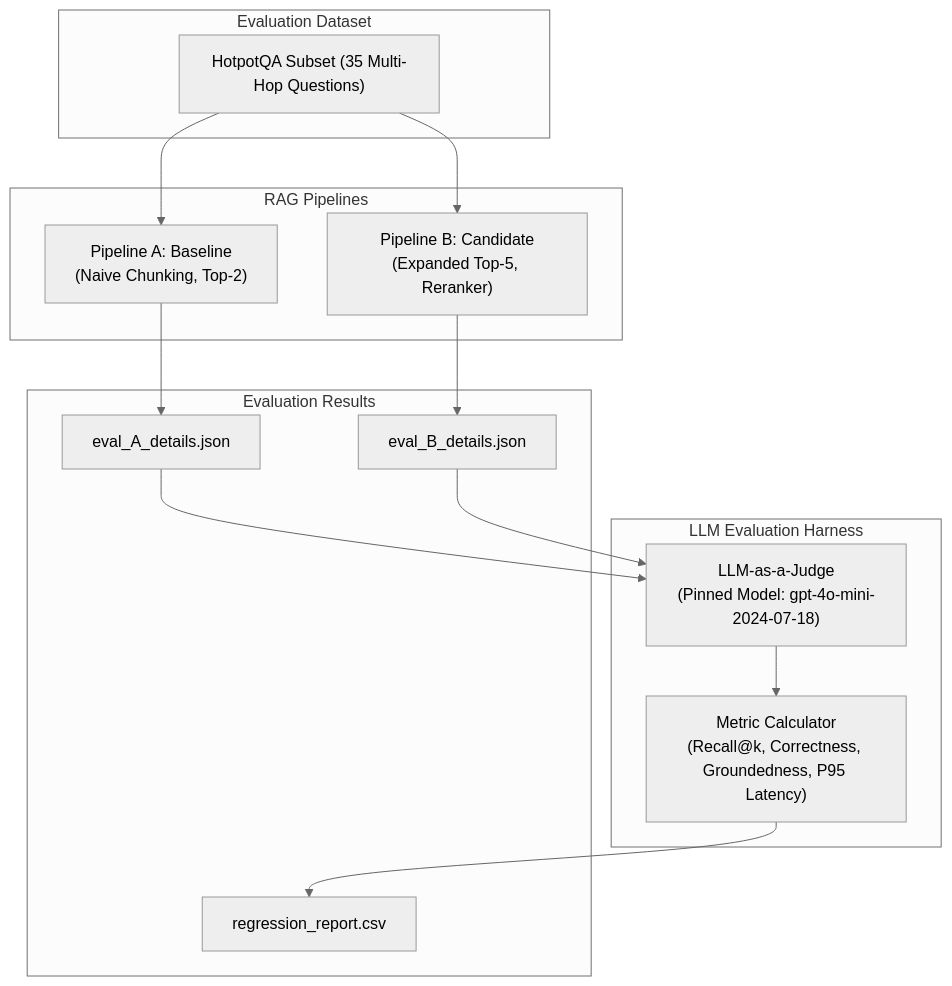
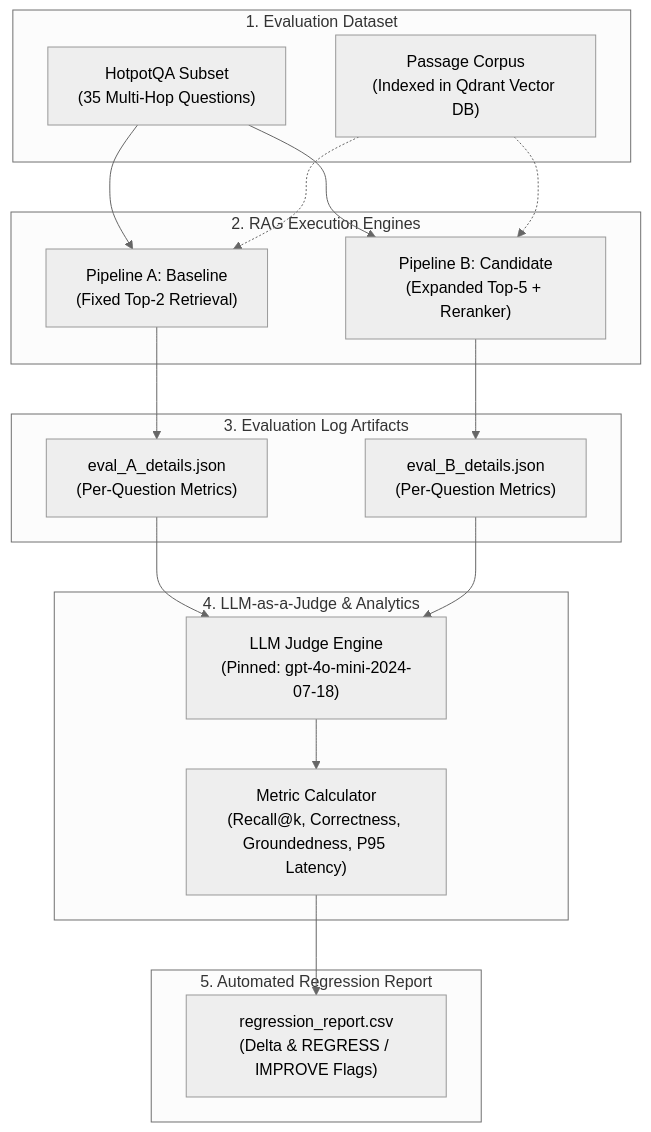
One commit to raghavendra2006/Build-an-LLM-Evaluation-Regression-Harness-for-RAG-Pipelines changed the diagram in README.md. Above: the diagram before and after it, drawn with Mermaid (neutral theme). The commit also changed other lines of this file, not shown here.

Commit message:
Update README.md with system architecture, sitemap, and verification matrix

````diff
--- a/README.md
+++ b/README.md
@@ -9,31 +14,37 @@
 ```mermaid
 flowchart TD
-    subgraph Dataset ["Evaluation Dataset"]
-        EVAL_SET["HotpotQA Subset (35 Multi-Hop Questions)"]
+    subgraph Dataset ["1. Evaluation Dataset"]
+        EVAL_SET["HotpotQA Subset\n(35 Multi-Hop Questions)"]
+        CORPUS["Passage Corpus\n(Indexed in Qdrant Vector DB)"]
     end
 
-    subgraph Pipelines ["RAG Pipelines"]
-        PIPE_A["Pipeline A: Baseline\n(Naive Chunking, Top-2)"]
-        PIPE_B["Pipeline B: Candidate\n(Expanded Top-5, Reranker)"]
+    subgraph Pipelines ["2. RAG Execution Engines"]
+        PIPE_A["Pipeline A: Baseline\n(Fixed Top-2 Retrieval)"]
+        PIPE_B["Pipeline B: Candidate\n(Expanded Top-5 + Reranker)"]
     end
 
-    subgraph Judge ["LLM Evaluation Harness"]
-        LLM_JUDGE["LLM-as-a-Judge\n(Pinned Model: gpt-4o-mini-2024-07-18)"]
+    subgraph Detail_Logs ["3. Evaluation Log Artifacts"]
+        EVAL_A_OUT["eval_A_details.json\n(Per-Question Metrics)"]
+        EVAL_B_OUT["eval_B_details.json\n(Per-Question Metrics)"]
+    end
+
+    subgraph Judge_Engine ["4. LLM-as-a-Judge & Analytics"]
+        LLM_JUDGE["LLM Judge Engine\n(Pinned: gpt-4o-mini-2024-07-18)"]
         METRIC_CALC["Metric Calculator\n(Recall@k, Correctness, Groundedness, P95 Latency)"]
     end
 
-    subgraph Output ["Evaluation Results"]
-        EVAL_A_OUT["eval_A_details.json"]
-        EVAL_B_OUT["eval_B_details.json"]
-        REPORT_CSV["regression_report.csv"]
+    subgraph Output ["5. Automated Regression Report"]
+        REPORT_CSV["regression_report.csv\n(Delta & REGRESS / IMPROVE Flags)"]
     end
 
     EVAL_SET --> PIPE_A
     EVAL_SET --> PIPE_B
+    CORPUS -.-> PIPE_A
+    CORPUS -.-> PIPE_B
     PIPE_A --> EVAL_A_OUT
     PIPE_B --> EVAL_B_OUT
     EVAL_A_OUT --> LLM_JUDGE
     EVAL_B_OUT --> LLM_JUDGE
     LLM_JUDGE --> METRIC_CALC
     METRIC_CALC --> REPORT_CSV
 ```
````
